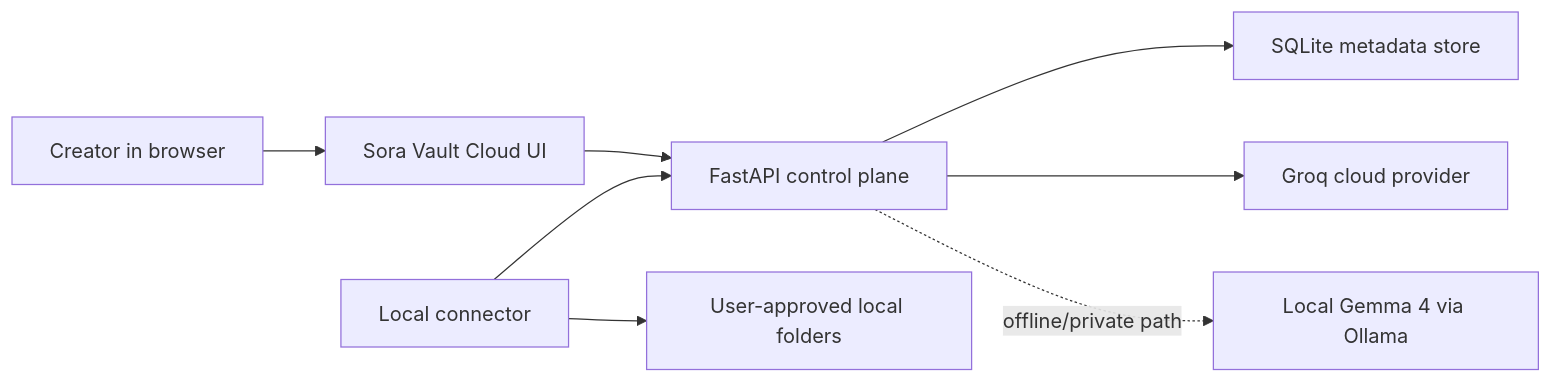
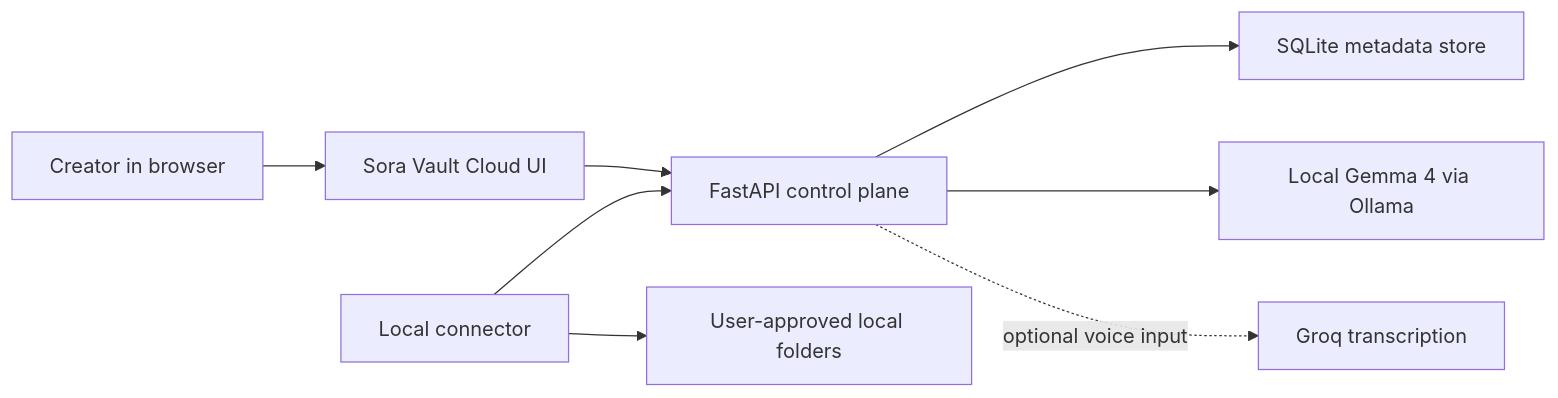
Before and after one commit to D0ubl3-A/sora-vault-gemma4-good: the diagram in gemma-4-good-hackathon-writeup.md, drawn with Mermaid. The commit also changed other lines of this file and 17 other files, not shown here.

Commit message:
Make Gemma-first final submission flow

````diff
--- a/gemma-4-good-hackathon-writeup.md
+++ b/gemma-4-good-hackathon-writeup.md
@@ -110,10 +117,10 @@
 ```mermaid
 flowchart LR
     User["Creator in browser"] --> Web["Sora Vault Cloud UI"]
     Web --> API["FastAPI control plane"]
     API --> DB["SQLite metadata store"]
     Connector["Local connector"] --> API
     Connector --> Folders["User-approved local folders"]
-    API --> Groq["Groq cloud provider"]
-    API -. offline/private path .-> Gemma["Local Gemma 4 via Ollama"]
+    API --> Gemma["Local Gemma 4 via Ollama"]
+    API -. optional voice input .-> Groq["Groq transcription"]
 ```
````
